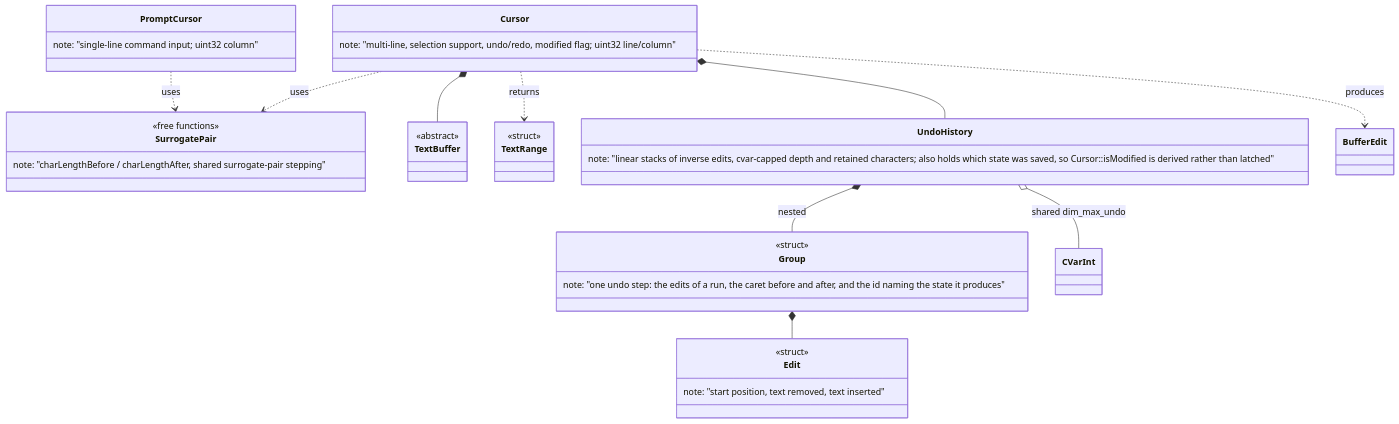
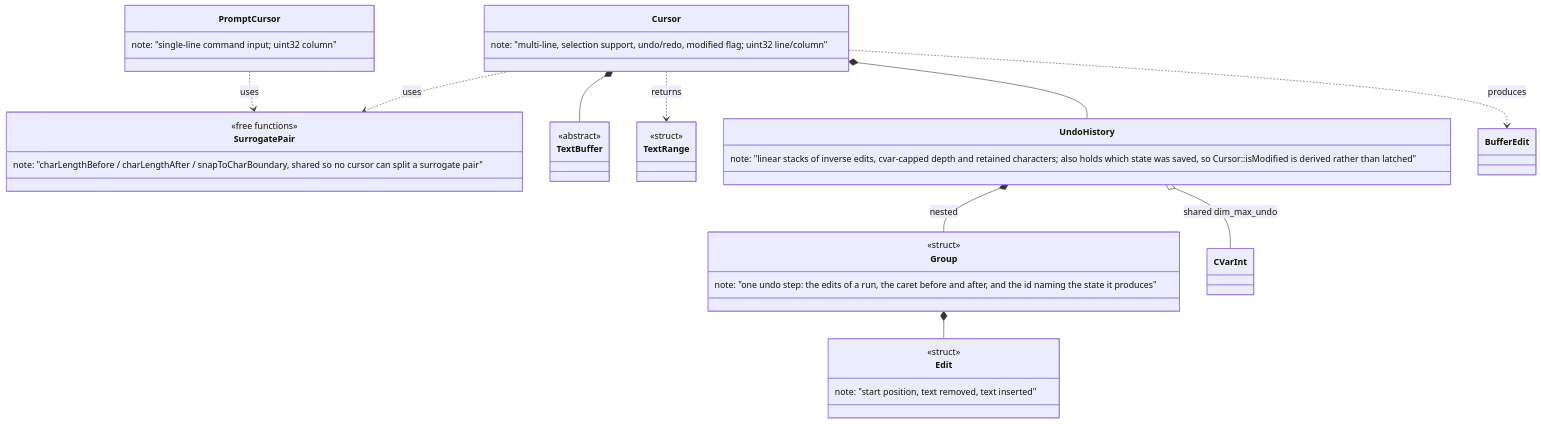
One commit to notnotme/bbloc changed the fourth of 10 diagrams in docs/class_diagram.md. Above: the diagram before and after it, drawn with Mermaid. The commit also changed 5 other files, not shown here.

````diff
--- a/docs/class_diagram.md
+++ b/docs/class_diagram.md
@@ -93,41 +93,41 @@
 ```mermaid
 classDiagram
     class Cursor {
         note: "multi-line, selection support, undo/redo, modified flag; uint32 line/column"
     }
     class PromptCursor {
         note: "single-line command input; uint32 column"
     }
     class SurrogatePair {
         <<free functions>>
-        note: "charLengthBefore / charLengthAfter, shared surrogate-pair stepping"
+        note: "charLengthBefore / charLengthAfter / snapToCharBoundary, shared so no cursor can split a surrogate pair"
     }
     class TextBuffer {
         <<abstract>>
     }
     class TextRange {
         <<struct>>
     }
     class UndoHistory {
         note: "linear stacks of inverse edits, cvar-capped depth and retained characters; also holds which state was saved, so Cursor::isModified is derived rather than latched"
     }
     class Group {
         <<struct>>
         note: "one undo step: the edits of a run, the caret before and after, and the id naming the state it produces"
     }
     class Edit {
         <<struct>>
         note: "start position, text removed, text inserted"
     }
     class CVarInt
 
     Cursor *-- TextBuffer
     Cursor *-- UndoHistory
     Cursor ..> SurrogatePair : uses
     PromptCursor ..> SurrogatePair : uses
     UndoHistory *-- Group : nested
     Group *-- Edit
     UndoHistory o-- CVarInt : shared dim_max_undo
     Cursor ..> TextRange : returns
     Cursor ..> BufferEdit : produces
 ```
````
